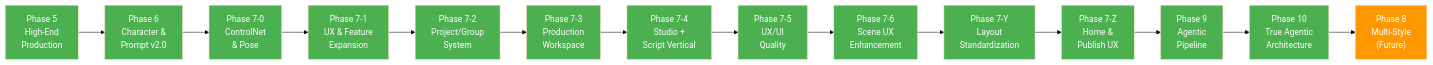
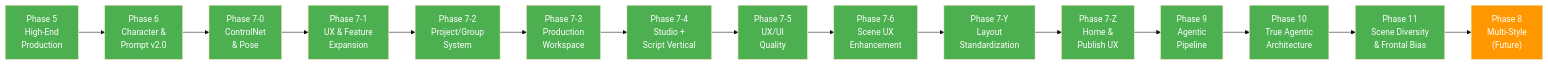
One commit to tomo-playground/sdd-orchestrator changed the diagram in docs/01_product/ROADMAP.md. Above: the diagram before and after it, drawn with Mermaid (base theme). The commit also changed other lines of this file and 8 other files, not shown here.

````diff
--- a/docs/01_product/ROADMAP.md
+++ b/docs/01_product/ROADMAP.md
@@ -75,31 +56,33 @@
 ```mermaid
 graph LR
     P5["Phase 5<br/>High-End<br/>Production"] --> P6["Phase 6<br/>Character &<br/>Prompt v2.0"]
     P6 --> P70["Phase 7-0<br/>ControlNet<br/>& Pose"]
     P70 --> P71["Phase 7-1<br/>UX & Feature<br/>Expansion"]
     P71 --> P72["Phase 7-2<br/>Project/Group<br/>System"]
     P72 --> P73["Phase 7-3<br/>Production<br/>Workspace"]
     P73 --> P74["Phase 7-4<br/>Studio +<br/>Script Vertical"]
     P74 --> P75["Phase 7-5<br/>UX/UI<br/>Quality"]
     P75 --> P76["Phase 7-6<br/>Scene UX<br/>Enhancement"]
     P76 --> P7Y["Phase 7-Y<br/>Layout<br/>Standardization"]
     P7Y --> P7Z["Phase 7-Z<br/>Home &<br/>Publish UX"]
     P7Z --> P9["Phase 9<br/>Agentic<br/>Pipeline"]
     P9 --> P10["Phase 10<br/>True Agentic<br/>Architecture"]
-    P10 --> P8["Phase 8<br/>Multi-Style<br/>(Future)"]
+    P10 --> P11["Phase 11<br/>Scene Diversity<br/>& Frontal Bias"]
+    P11 --> P8["Phase 8<br/>Multi-Style<br/>(Future)"]
 
     style P5 fill:#4CAF50,color:#fff
     style P6 fill:#4CAF50,color:#fff
     style P70 fill:#4CAF50,color:#fff
     style P71 fill:#4CAF50,color:#fff
     style P72 fill:#4CAF50,color:#fff
     style P73 fill:#4CAF50,color:#fff
     style P74 fill:#4CAF50,color:#fff
     style P75 fill:#4CAF50,color:#fff
     style P76 fill:#4CAF50,color:#fff
     style P7Y fill:#4CAF50,color:#fff
     style P7Z fill:#4CAF50,color:#fff
     style P9 fill:#4CAF50,color:#fff
     style P10 fill:#4CAF50,color:#fff
+    style P11 fill:#4CAF50,color:#fff
     style P8 fill:#FF9800,color:#fff
 ```
````
